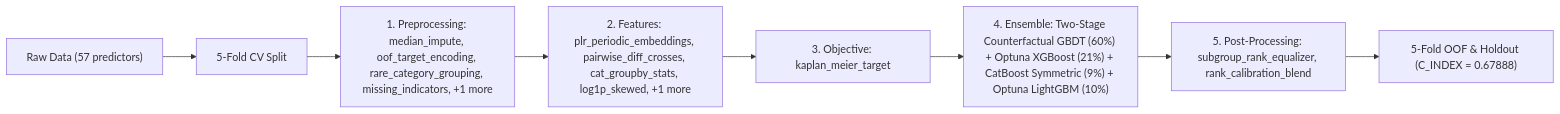
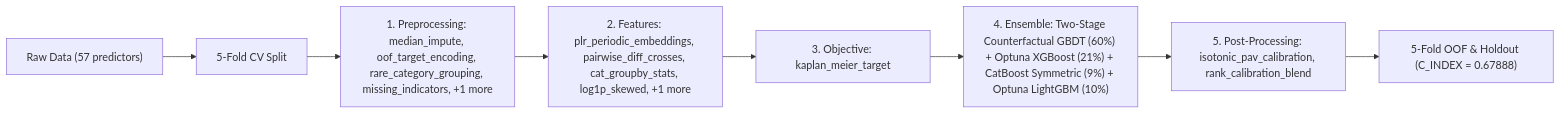
One commit to stefanoclss/CIBMTR-Equity-in-Post-HCT-Survival-Predictions changed the diagram in README.md. Above: the diagram before and after it, drawn with Mermaid. The commit also changed other lines of this file, not shown here.

````diff
--- a/README.md
+++ b/README.md
@@ -142,10 +143,10 @@
 ```mermaid
 flowchart LR
     DATA["Raw Data (57 predictors)"] --> SPLIT["5-Fold CV Split"]
     SPLIT --> PRE["1. Preprocessing: median_impute, oof_target_encoding, rare_category_grouping, missing_indicators, +1 more"]
     PRE --> FEAT["2. Features: plr_periodic_embeddings, pairwise_diff_crosses, cat_groupby_stats, log1p_skewed, +1 more"]
     FEAT --> OBJ["3. Objective: kaplan_meier_target"]
     OBJ --> M0["4. Ensemble: Two-Stage Counterfactual GBDT (60%) + Optuna XGBoost (21%) + CatBoost Symmetric (9%) + Optuna LightGBM (10%)"]
-    M0 --> POST["5. Post-Processing: subgroup_rank_equalizer, rank_calibration_blend"]
+    M0 --> POST["5. Post-Processing: isotonic_pav_calibration, rank_calibration_blend"]
     POST --> OUT["5-Fold OOF & Holdout (C_INDEX = 0.67888)"]
 ```
````
